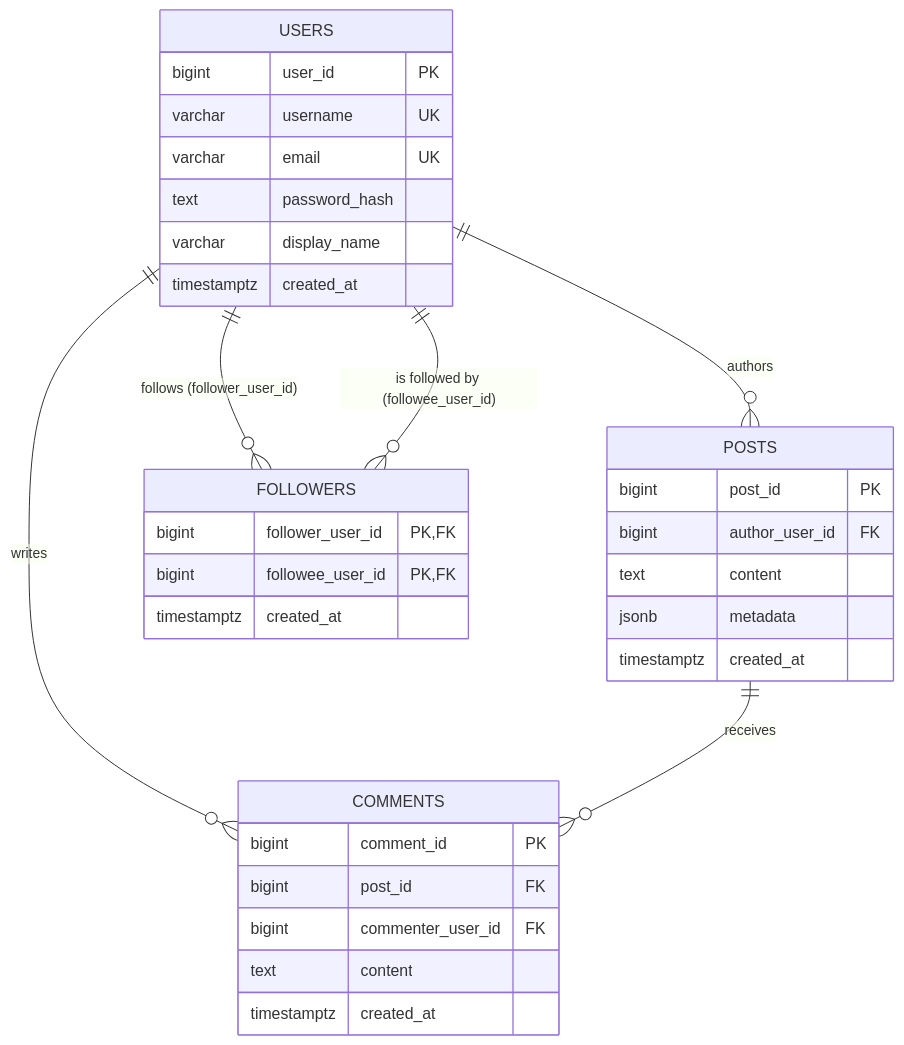
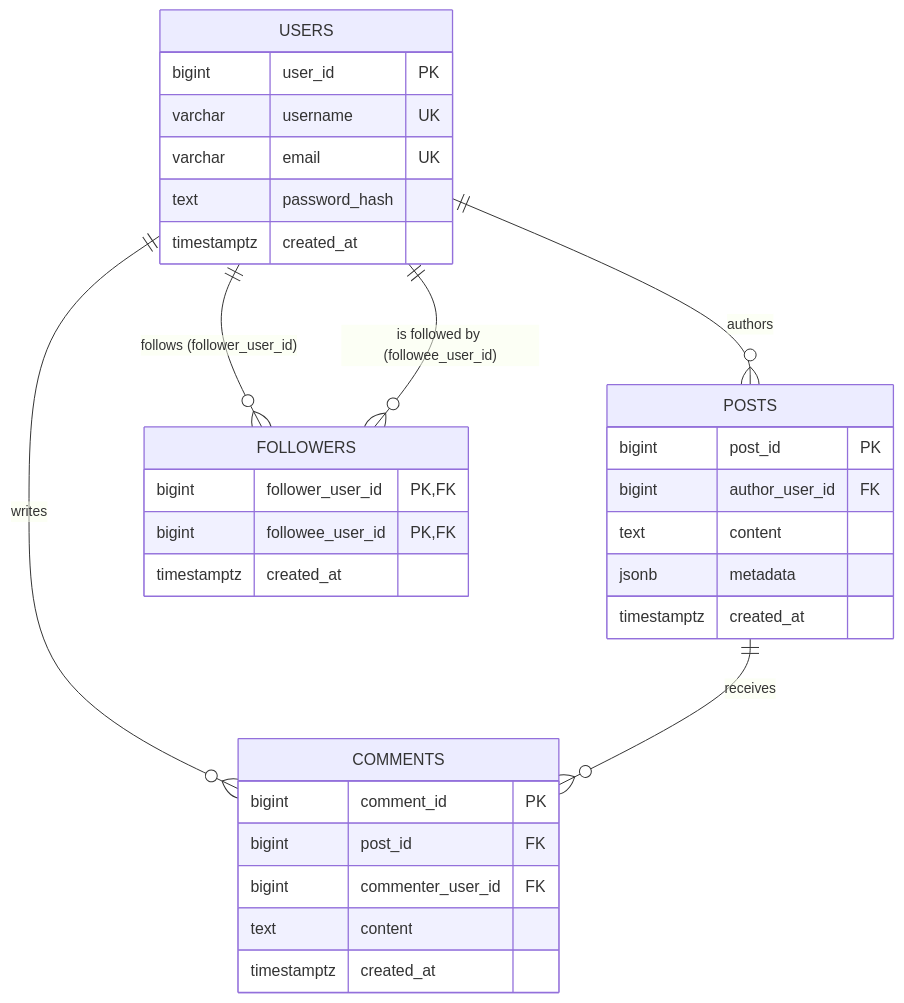
The diagram in Database_Fundamentals/Social_Media_Lab/docs/er_diagram.md (Ndaziramiyep/AmaliTech_Python_Backend_Labs), drawn with Mermaid before and after one commit. The commit also changed 15 other files, not shown here.

````diff
--- a/Database_Fundamentals/Social_Media_Lab/docs/er_diagram.md
+++ b/Database_Fundamentals/Social_Media_Lab/docs/er_diagram.md
@@ -3,39 +3,38 @@
 ```mermaid
 erDiagram
     USERS ||--o{ POSTS : authors
     USERS ||--o{ COMMENTS : writes
     POSTS ||--o{ COMMENTS : receives
     USERS ||--o{ FOLLOWERS : "follows (follower_user_id)"
     USERS ||--o{ FOLLOWERS : "is followed by (followee_user_id)"
 
     USERS {
         bigint user_id PK
         varchar username UK
         varchar email UK
         text password_hash
-        varchar display_name
         timestamptz created_at
     }
 
     POSTS {
         bigint post_id PK
         bigint author_user_id FK
         text content
         jsonb metadata
         timestamptz created_at
     }
 
     COMMENTS {
         bigint comment_id PK
         bigint post_id FK
         bigint commenter_user_id FK
         text content
         timestamptz created_at
     }
 
     FOLLOWERS {
         bigint follower_user_id PK,FK
         bigint followee_user_id PK,FK
         timestamptz created_at
     }
 ```
````
